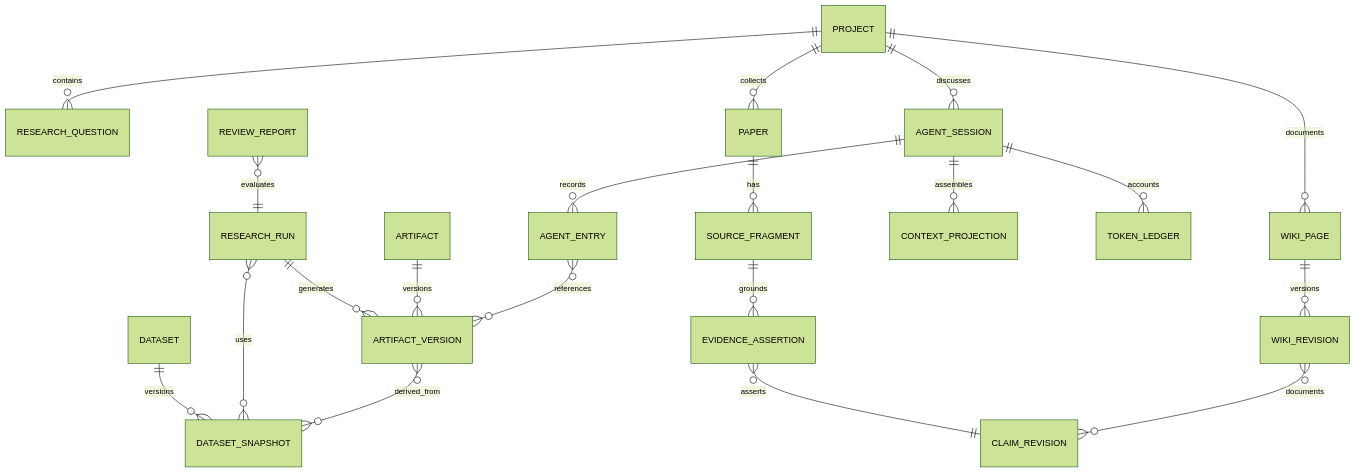
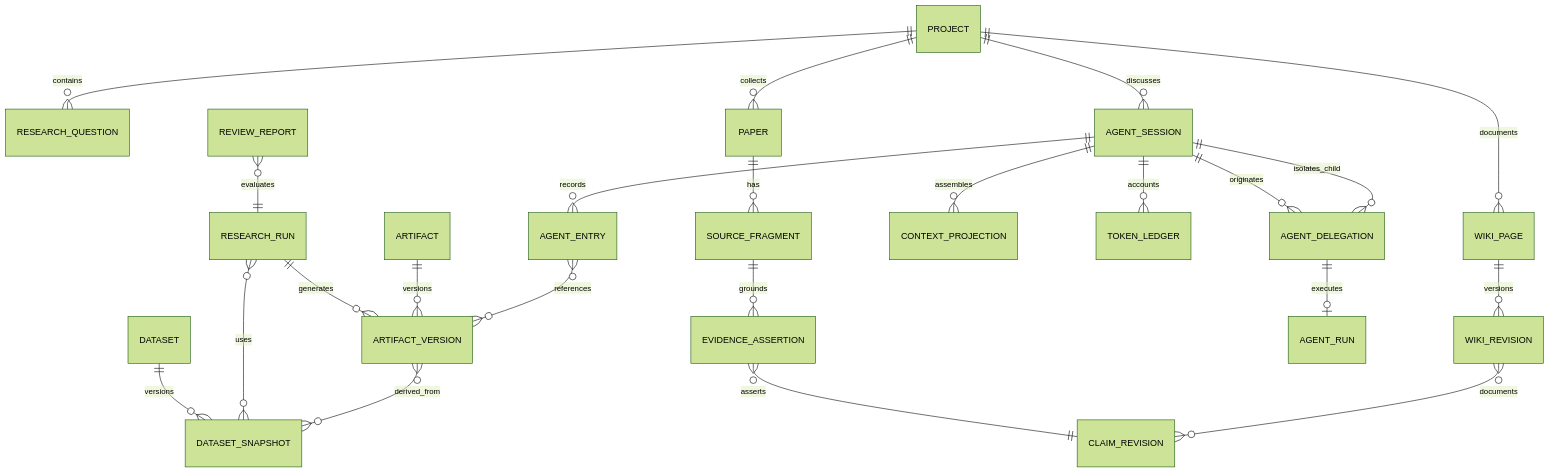
One commit to Lelexi-max/xiling-os changed the diagram in docs/architecture/domain-model.md. Above: the diagram before and after it, drawn with Mermaid (forest theme). The commit also changed other lines of this file and 78 other files, not shown here.

````diff
--- a/docs/architecture/domain-model.md
+++ b/docs/architecture/domain-model.md
@@ -5,22 +5,25 @@
 ```mermaid
 erDiagram
   PROJECT ||--o{ RESEARCH_QUESTION : contains
   PROJECT ||--o{ AGENT_SESSION : discusses
   PROJECT ||--o{ WIKI_PAGE : documents
   PROJECT ||--o{ PAPER : collects
   PAPER ||--o{ SOURCE_FRAGMENT : has
   SOURCE_FRAGMENT ||--o{ EVIDENCE_ASSERTION : grounds
   EVIDENCE_ASSERTION }o--|| CLAIM_REVISION : asserts
   DATASET ||--o{ DATASET_SNAPSHOT : versions
   RESEARCH_RUN }o--o{ DATASET_SNAPSHOT : uses
   RESEARCH_RUN ||--o{ ARTIFACT_VERSION : generates
   ARTIFACT ||--o{ ARTIFACT_VERSION : versions
   ARTIFACT_VERSION }o--o{ DATASET_SNAPSHOT : derived_from
   REVIEW_REPORT }o--|| RESEARCH_RUN : evaluates
   WIKI_PAGE ||--o{ WIKI_REVISION : versions
   WIKI_REVISION }o--o{ CLAIM_REVISION : documents
   AGENT_SESSION ||--o{ CONTEXT_PROJECTION : assembles
   AGENT_SESSION ||--o{ TOKEN_LEDGER : accounts
   AGENT_SESSION ||--o{ AGENT_ENTRY : records
   AGENT_ENTRY }o--o{ ARTIFACT_VERSION : references
+  AGENT_SESSION ||--o{ AGENT_DELEGATION : originates
+  AGENT_DELEGATION }o--|| AGENT_SESSION : isolates_child
+  AGENT_DELEGATION ||--o| AGENT_RUN : executes
 ```
````
